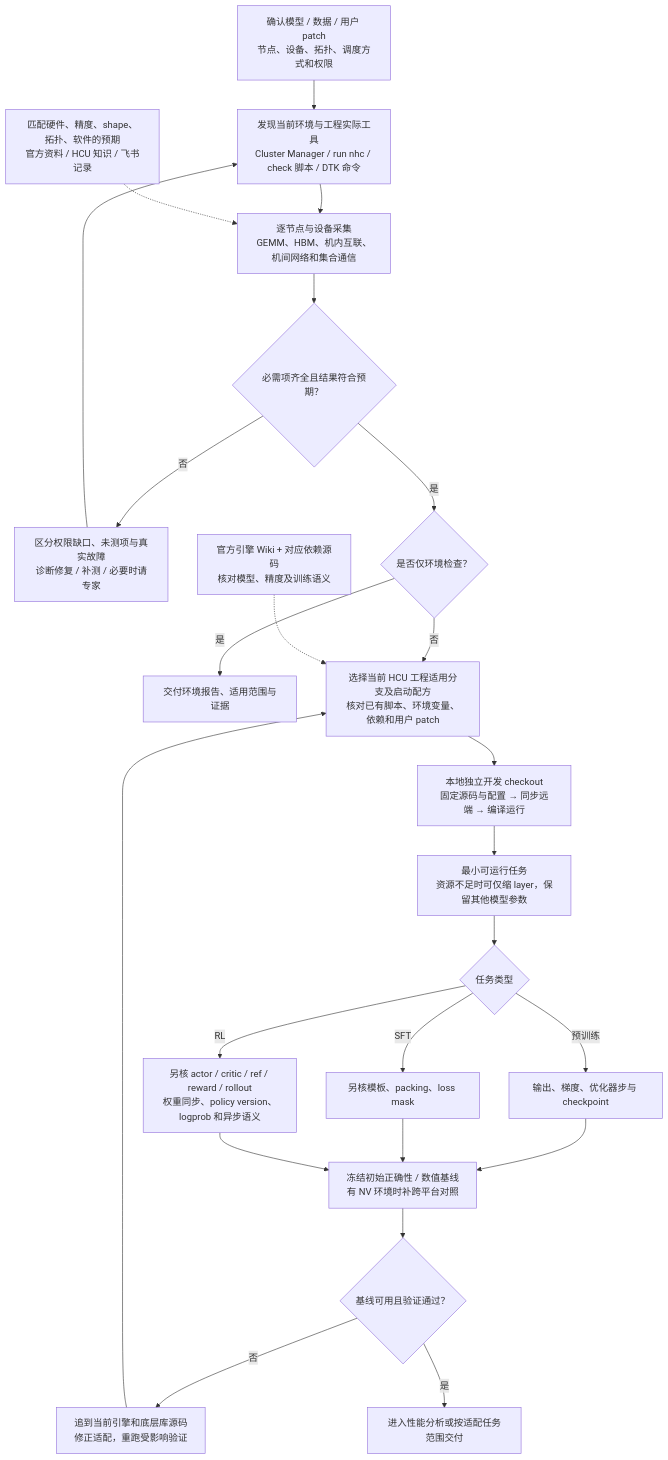
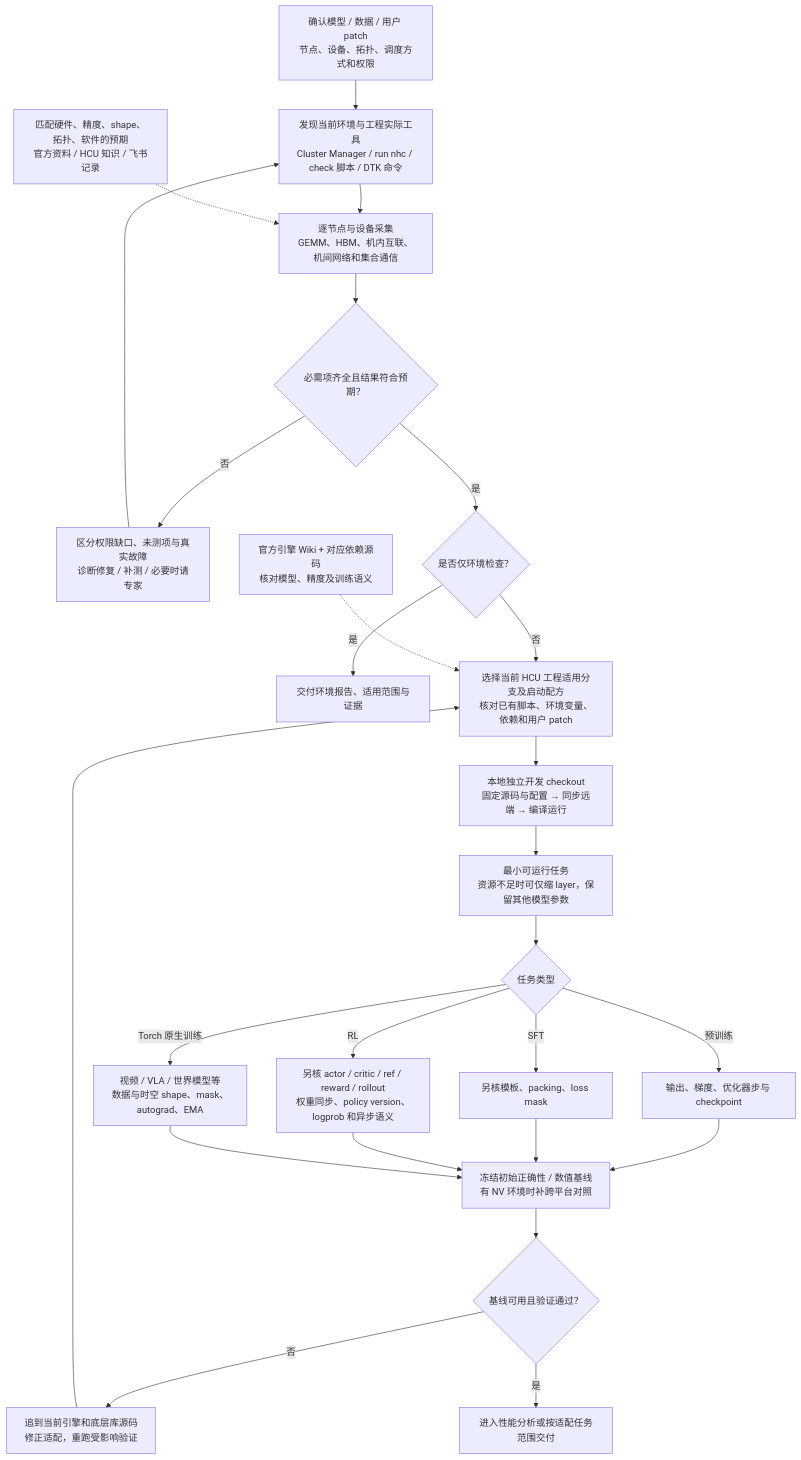
One commit to yuguo-Jack/HCU-TrainFlow changed the second of 12 diagrams in docs/workflow-map.md. Above: the diagram before and after it, drawn with Mermaid. The commit also changed other lines of this file and 32 other files, not shown here.

````diff
--- a/docs/workflow-map.md
+++ b/docs/workflow-map.md
@@ -43,26 +43,28 @@
 ```mermaid
 flowchart TD
     I["确认模型 / 数据 / 用户 patch<br/>节点、设备、拓扑、调度方式和权限"] --> D["发现当前环境与工程实际工具<br/>Cluster Manager / run nhc / check 脚本 / DTK 命令"]
     D --> E["逐节点与设备采集<br/>GEMM、HBM、机内互联、机间网络和集合通信"]
     X["匹配硬件、精度、shape、拓扑、软件的预期<br/>官方资料 / HCU 知识 / 飞书记录"] -.-> E
     E --> EG{"必需项齐全且结果符合预期？"}
     EG -->|否| FIX["区分权限缺口、未测项与真实故障<br/>诊断修复 / 补测 / 必要时请专家"]
     FIX --> D
     EG -->|是| ONLY{"是否仅环境检查？"}
     ONLY -->|是| ER["交付环境报告、适用范围与证据"]
     ONLY -->|否| R["选择当前 HCU 工程适用分支及启动配方<br/>核对已有脚本、环境变量、依赖和用户 patch"]
     W["官方引擎 Wiki + 对应依赖源码<br/>核对模型、精度及训练语义"] -.-> R
     R --> L["本地独立开发 checkout<br/>固定源码与配置 → 同步远端 → 编译运行"]
     L --> M["最小可运行任务<br/>资源不足时可仅缩 layer，保留其他模型参数"]
     M --> TYPE{"任务类型"}
     TYPE -->|预训练| P["输出、梯度、优化器步与 checkpoint"]
     TYPE -->|SFT| F["另核模板、packing、loss mask"]
     TYPE -->|RL| RL["另核 actor / critic / ref / reward / rollout<br/>权重同步、policy version、logprob 和异步语义"]
+    TYPE -->|Torch 原生训练| N["视频 / VLA / 世界模型等<br/>数据与时空 shape、mask、autograd、EMA"]
     P --> B["冻结初始正确性 / 数值基线<br/>有 NV 环境时补跨平台对照"]
     F --> B
     RL --> B
+    N --> B
     B --> BG{"基线可用且验证通过？"}
     BG -->|否| BF["追到当前引擎和底层库源码<br/>修正适配，重跑受影响验证"]
     BF --> R
     BG -->|是| OUT["进入性能分析或按适配任务范围交付"]
 ```
````
